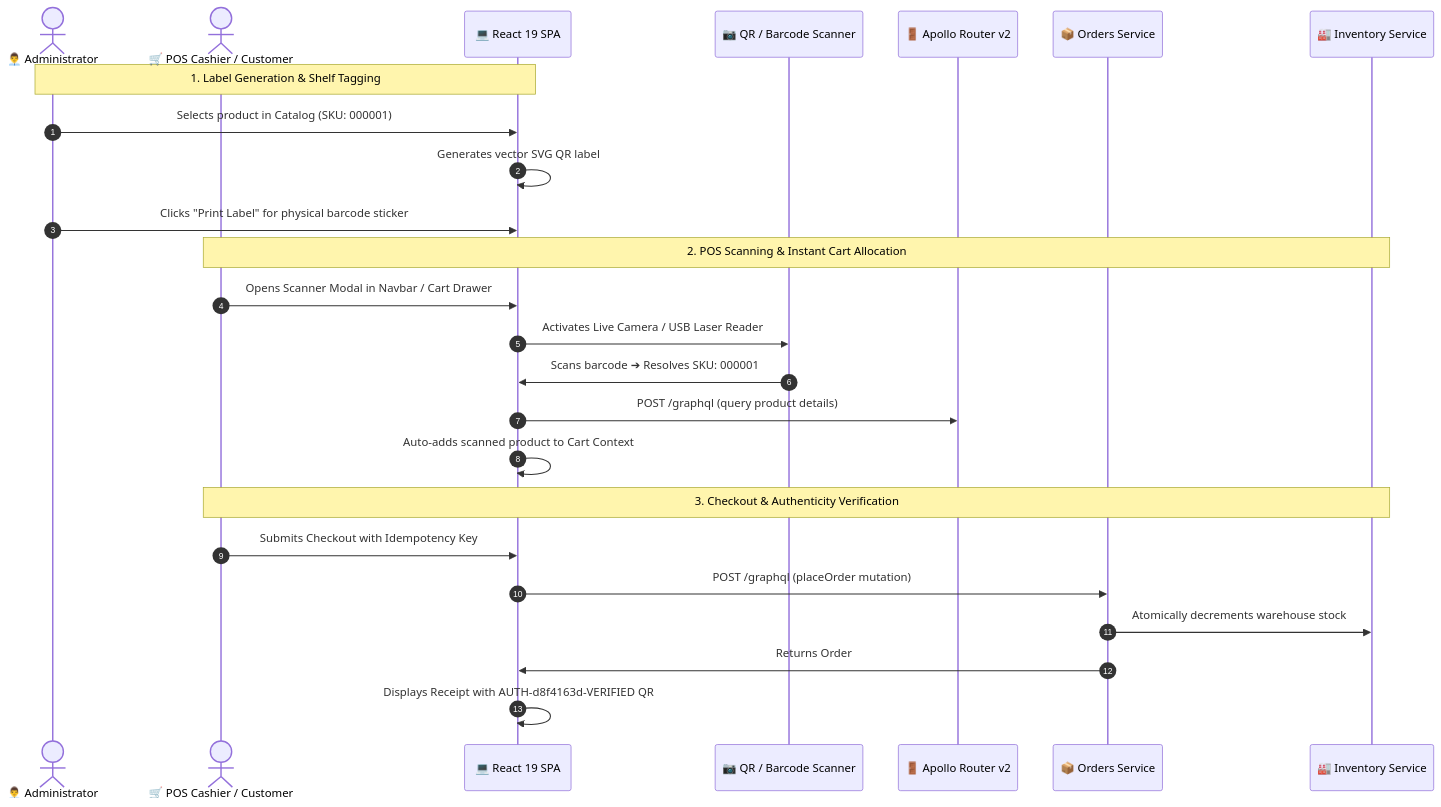
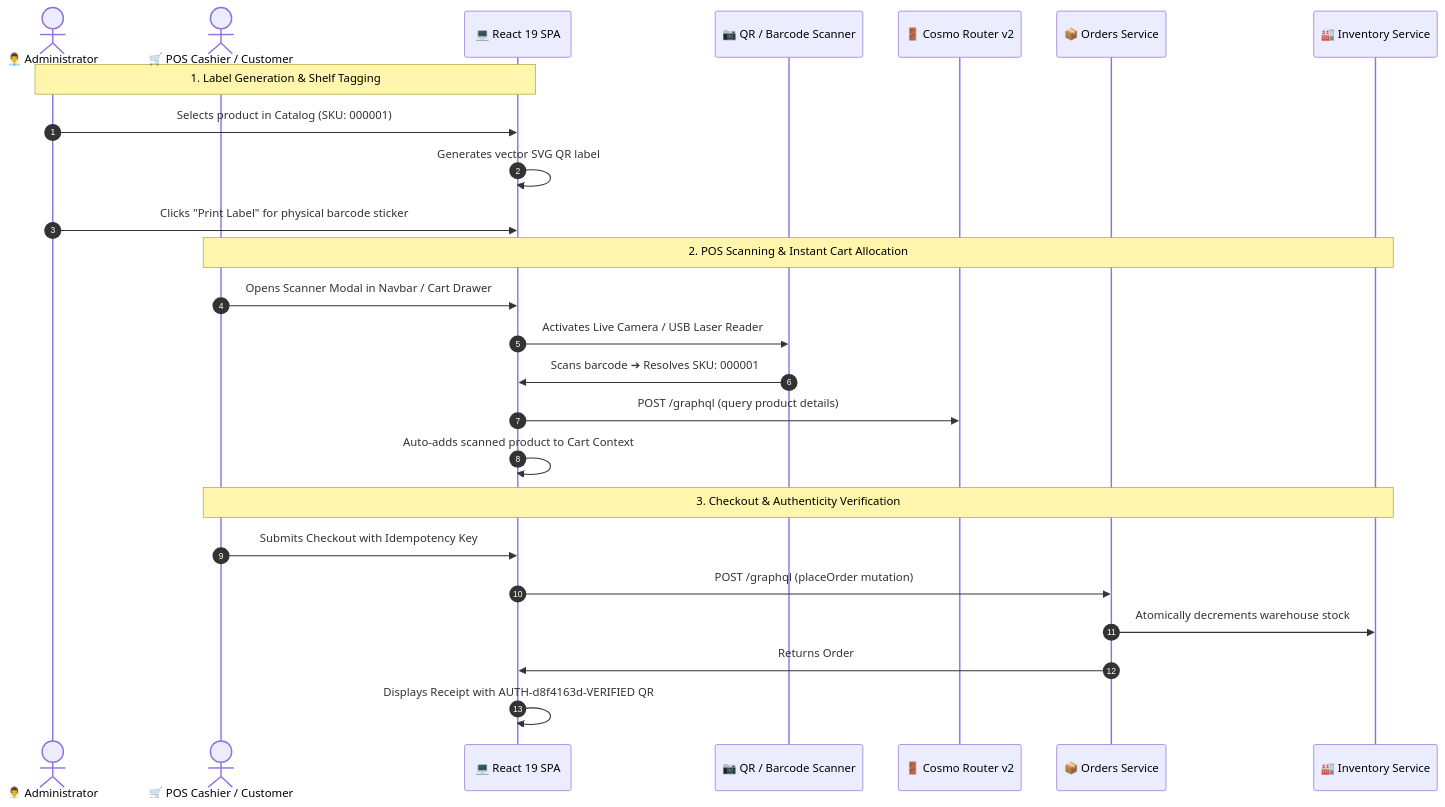
One commit to GeorgeGxx/microservices-architecture changed the fourth of 6 diagrams in docs/ARCHITECTURE.md. Above: the diagram before and after it, drawn with Mermaid. The commit also changed other lines of this file and 102 other files, not shown here.

Commit message:
Switch to Cosmo Router

````diff
--- a/docs/ARCHITECTURE.md
+++ b/docs/ARCHITECTURE.md
@@ -349,30 +349,30 @@
 ```mermaid
 sequenceDiagram
     autonumber
     actor Admin as 👨‍💼 Administrator
     actor POS as 🛒 POS Cashier / Customer
     participant SPA as 💻 React 19 SPA
     participant Scanner as 📷 QR / Barcode Scanner
-    participant APIGW as 🚪 Apollo Router v2
+    participant APIGW as 🚪 Cosmo Router v2
     participant OrderMS as 📦 Orders Service
     participant InvMS as 🏭 Inventory Service
 
     Note over Admin, SPA: 1. Label Generation & Shelf Tagging
     Admin->>SPA: Selects product in Catalog (SKU: 000001)
     SPA->>SPA: Generates vector SVG QR label
     Admin->>SPA: Clicks "Print Label" for physical barcode sticker
 
     Note over POS, InvMS: 2. POS Scanning & Instant Cart Allocation
     POS->>SPA: Opens Scanner Modal in Navbar / Cart Drawer
     SPA->>Scanner: Activates Live Camera / USB Laser Reader
     Scanner->>SPA: Scans barcode ➔ Resolves SKU: 000001
     SPA->>APIGW: POST /graphql (query product details)
     SPA->>SPA: Auto-adds scanned product to Cart Context
 
     Note over POS, InvMS: 3. Checkout & Authenticity Verification
     POS->>SPA: Submits Checkout with Idempotency Key
     SPA->>OrderMS: POST /graphql (placeOrder mutation)
     OrderMS->>InvMS: Atomically decrements warehouse stock
     OrderMS->>SPA: Returns Order #d8f4163d (Status: PLACED)
     SPA->>SPA: Displays Receipt with AUTH-d8f4163d-VERIFIED QR
 ```
````
